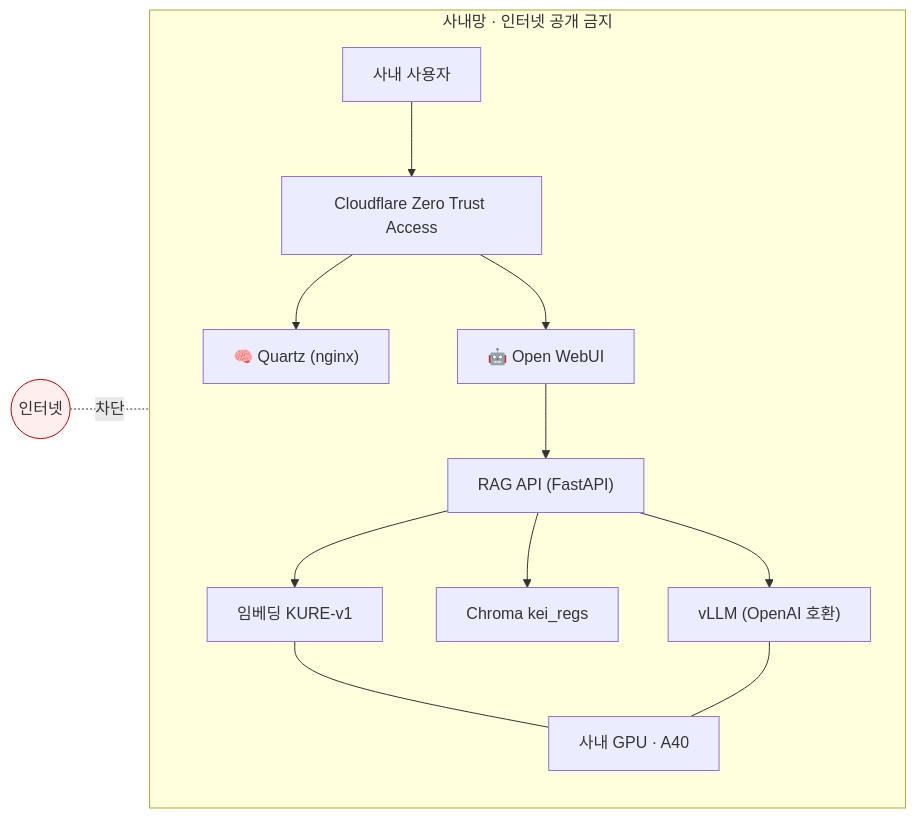
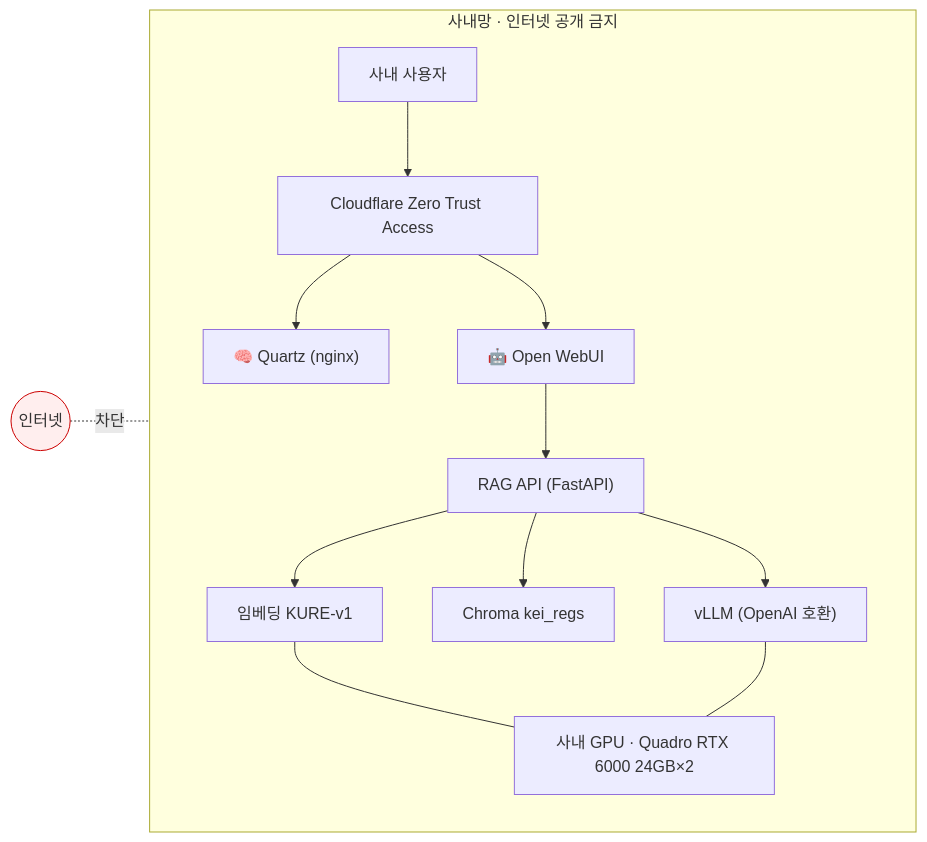
The third of 3 diagrams in docs/01-overview.md (mooner92/KEIAdminSuperv), drawn with Mermaid before and after one commit. The commit also changed other lines of this file and 13 other files, not shown here.

First line of the commit message:
docs: GPU 표기 정정 A40 → Quadro RTX 6000 (실제 하드웨어)

````diff
--- a/docs/01-overview.md
+++ b/docs/01-overview.md
@@ -123,17 +123,17 @@
 ```mermaid
 flowchart LR
     subgraph net["사내망 · 인터넷 공개 금지"]
         direction TB
         U["사내 사용자"] --> ZT["Cloudflare Zero Trust Access"]
         ZT --> Brain["🧠 Quartz (nginx)"]
         ZT --> Assist["🤖 Open WebUI"]
         Assist --> RAG["RAG API (FastAPI)"]
         RAG --> EMB["임베딩 KURE-v1"]
         RAG --> DB["Chroma kei_regs"]
         RAG --> LLM["vLLM (OpenAI 호환)"]
-        EMB --- GPU["사내 GPU · A40"]
+        EMB --- GPU["사내 GPU · Quadro RTX 6000 24GB×2"]
         LLM --- GPU
     end
     X(("인터넷")):::ext -. 차단 .- net
     classDef ext fill:#fee,stroke:#c00;
 ```
````
